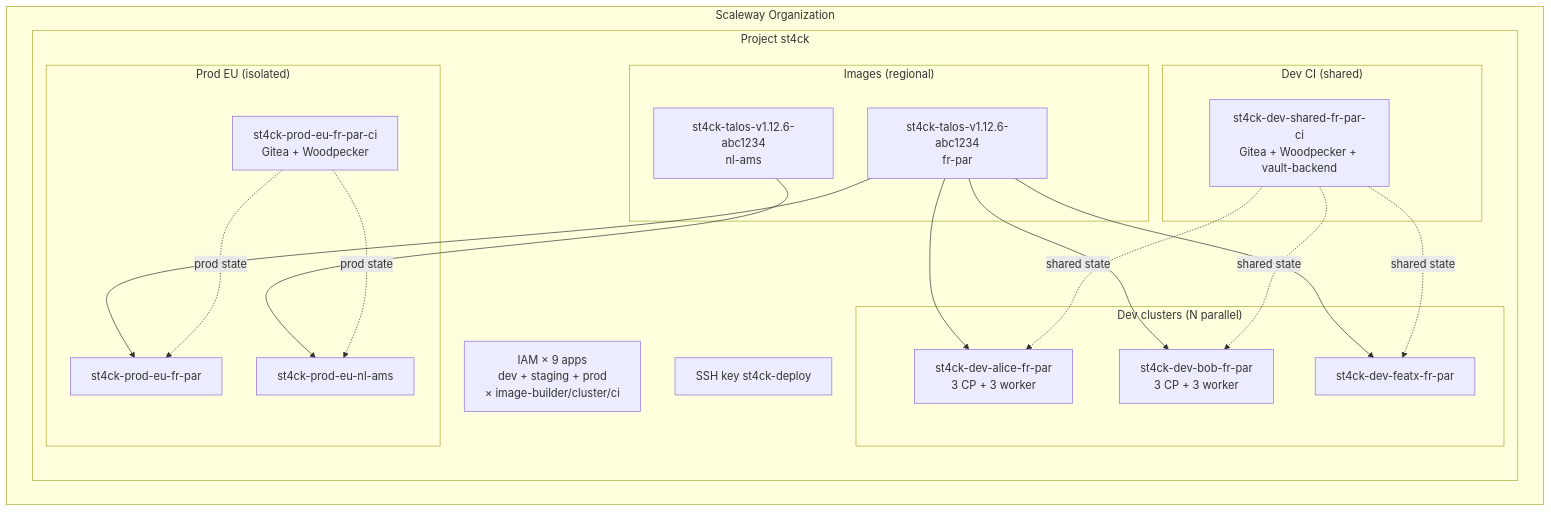
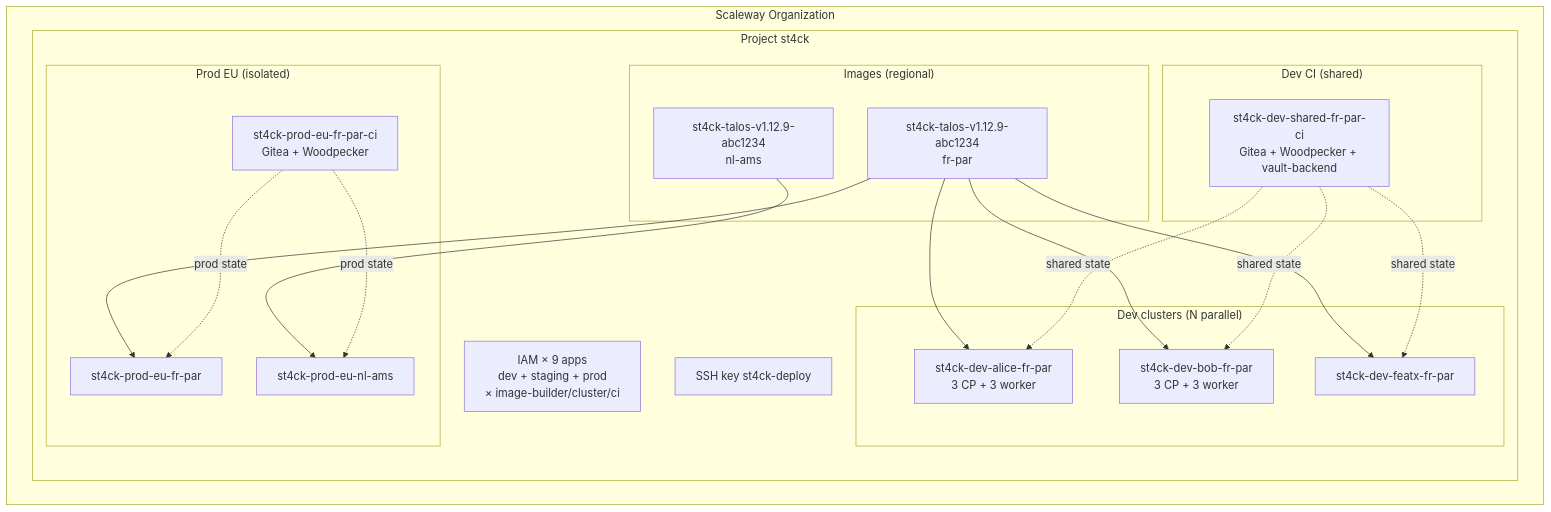
One commit to Destynova2/st4ck changed the diagram in docs/MULTI-ENV.md. Above: the diagram before and after it, drawn with Mermaid. The commit also changed other lines of this file and 21 other files, not shown here.

````diff
--- a/docs/MULTI-ENV.md
+++ b/docs/MULTI-ENV.md
@@ -130,36 +130,36 @@
 ```mermaid
 graph TD
     subgraph Organization["Scaleway Organization"]
         subgraph Project["Project st4ck"]
             IAM["IAM × 9 apps<br/>dev + staging + prod<br/>× image-builder/cluster/ci"]
             SSH["SSH key st4ck-deploy"]
 
             subgraph ImagesRegion["Images (regional)"]
-                IMGFR["st4ck-talos-v1.12.6-abc1234<br/>fr-par"]
-                IMGNL["st4ck-talos-v1.12.6-abc1234<br/>nl-ams"]
+                IMGFR["st4ck-talos-v1.12.9-abc1234<br/>fr-par"]
+                IMGNL["st4ck-talos-v1.12.9-abc1234<br/>nl-ams"]
             end
 
             subgraph DevCI["Dev CI (shared)"]
                 DEVCI["st4ck-dev-shared-fr-par-ci<br/>Gitea + Woodpecker + vault-backend"]
             end
 
             subgraph DevClusters["Dev clusters (N parallel)"]
                 ALICE["st4ck-dev-alice-fr-par<br/>3 CP + 3 worker"]
                 BOB["st4ck-dev-bob-fr-par<br/>3 CP + 3 worker"]
                 FEATX["st4ck-dev-featx-fr-par"]
             end
 
             subgraph ProdEU["Prod EU (isolated)"]
                 PRODCI["st4ck-prod-eu-fr-par-ci<br/>Gitea + Woodpecker"]
                 PRODFR["st4ck-prod-eu-fr-par"]
                 PRODNL["st4ck-prod-eu-nl-ams"]
             end
         end
     end
 
     IMGFR --> ALICE & BOB & FEATX & PRODFR
     IMGNL --> PRODNL
 
     DEVCI -.shared state.-> ALICE & BOB & FEATX
     PRODCI -.prod state.-> PRODFR & PRODNL
 ```
````
